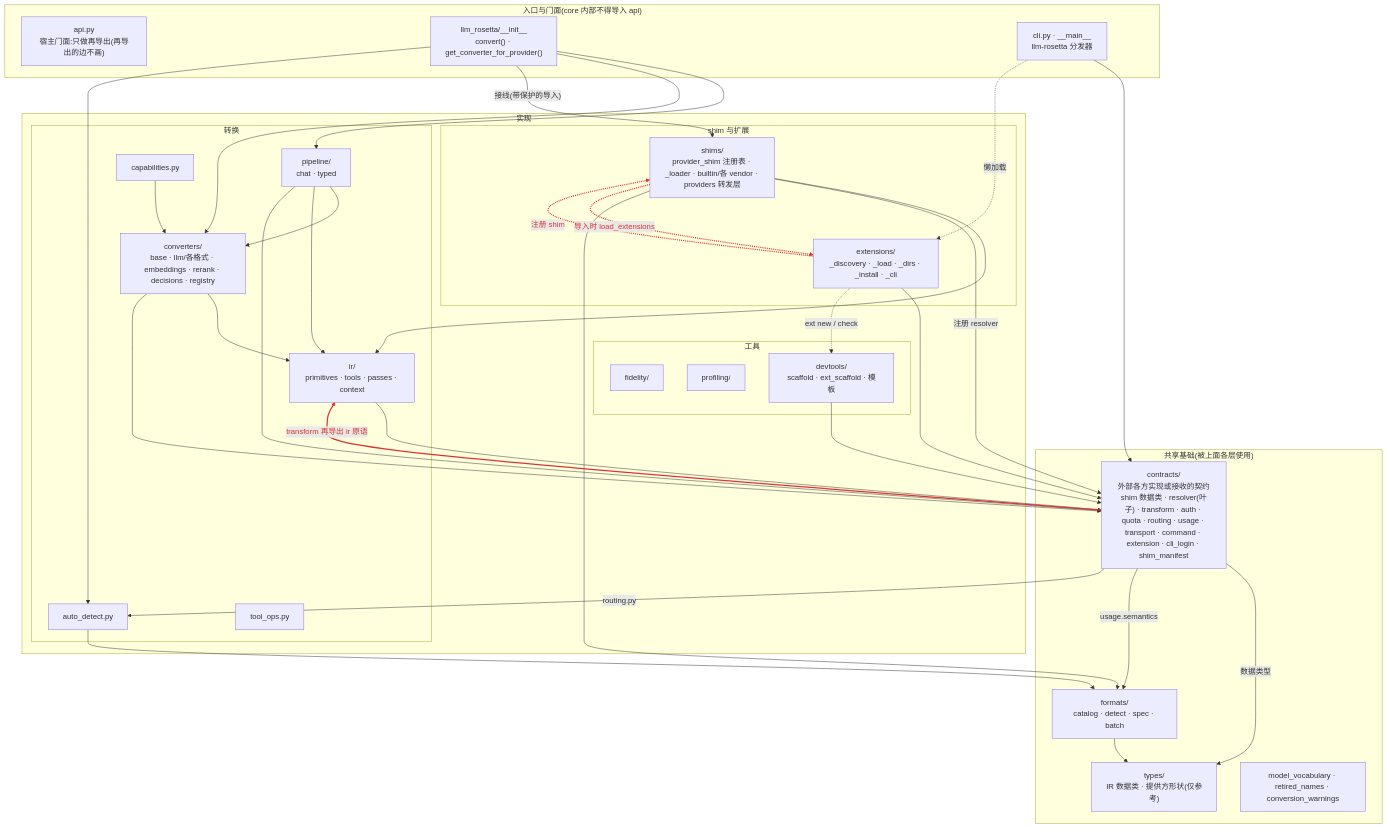
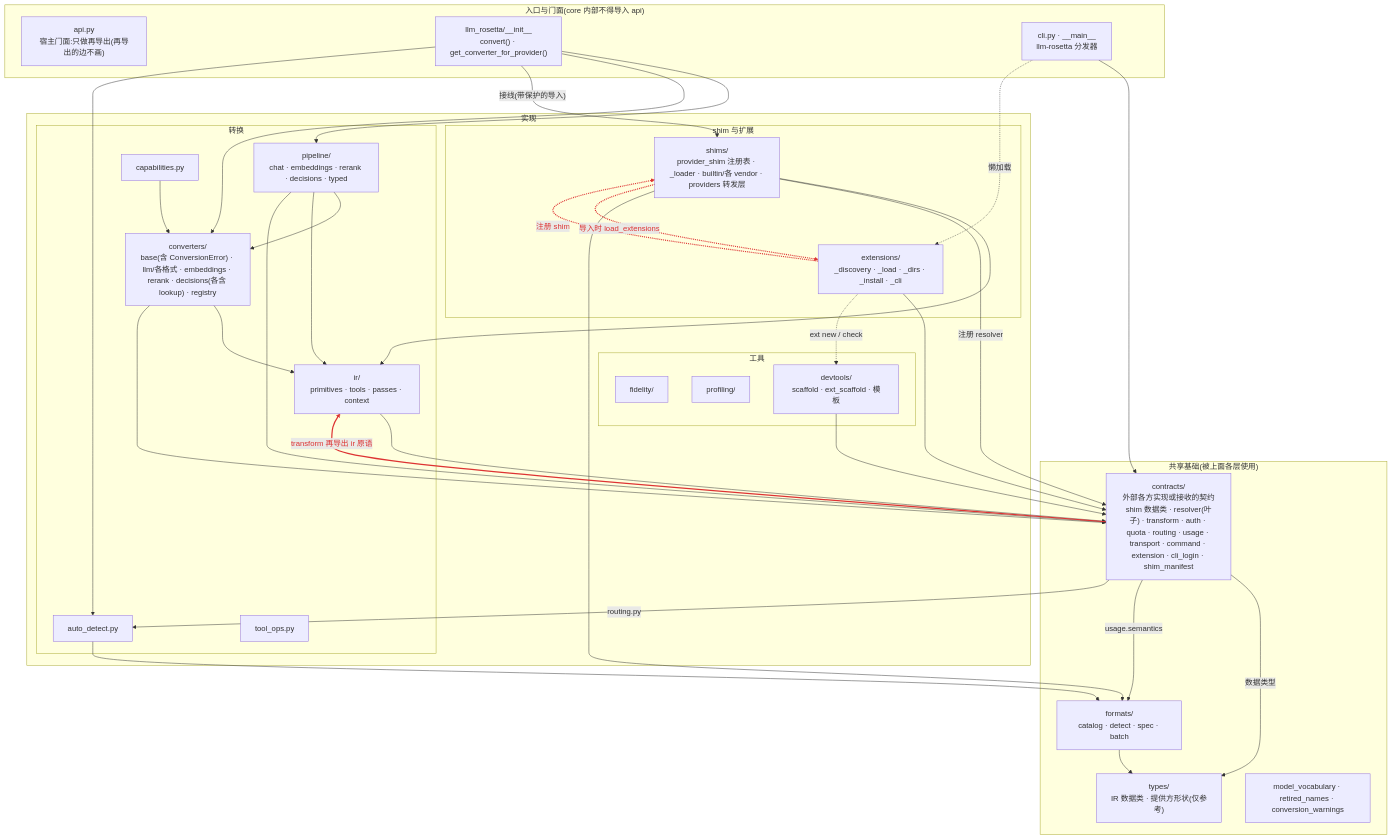
One commit to Oaklight/llm-rosetta changed the diagram in core.mmd. Above: the diagram before and after it, drawn with Mermaid. The commit also changed 4 other files, not shown here.

First line of the commit message:
docs: core diagrams after #1709

```diff
--- a/core.mmd
+++ b/core.mmd
@@ -1,64 +1,64 @@
 flowchart TB
   subgraph FACADE["入口与门面(core 内部不得导入 api)"]
     API["api.py<br/>宿主门面:只做再导出(再导出的边不画)"]
     INIT["llm_rosetta/__init__<br/>convert() · get_converter_for_provider()"]
     CLI["cli.py · __main__<br/>llm-rosetta 分发器"]
   end
   subgraph IMPL["实现"]
     subgraph CONV["转换"]
-      PIPE["pipeline/<br/>chat · typed"]
-      CVT["converters/<br/>base · llm/各格式 · embeddings · rerank · decisions · registry"]
+      PIPE["pipeline/<br/>chat · embeddings · rerank · decisions · typed"]
+      CVT["converters/<br/>base(含 ConversionError) · llm/各格式 · embeddings · rerank · decisions(各含 lookup) · registry"]
       IR["ir/<br/>primitives · tools · passes · context"]
       DET["auto_detect.py"]
       CAP["capabilities.py"]
       TOOL["tool_ops.py"]
     end
     subgraph SHIMEXT["shim 与扩展"]
       SHIM["shims/<br/>provider_shim 注册表 · _loader · builtin/各 vendor · providers 转发层"]
       EXTS["extensions/<br/>_discovery · _load · _dirs · _install · _cli"]
     end
     subgraph TOOLS["工具"]
       FID["fidelity/"]
       PROF["profiling/"]
       DEV["devtools/<br/>scaffold · ext_scaffold · 模板"]
     end
   end
   subgraph FOUND["共享基础(被上面各层使用)"]
     CON["contracts/<br/>外部各方实现或接收的契约<br/>shim 数据类 · resolver(叶子) · transform · auth · quota · routing · usage · transport · command · extension · cli_login · shim_manifest"]
     FMT["formats/<br/>catalog · detect · spec · batch"]
     TYP["types/<br/>IR 数据类 · 提供方形状(仅参考)"]
     VOCAB["model_vocabulary · retired_names · conversion_warnings"]
   end
 
 
   INIT --> PIPE
   INIT --> CVT
   INIT -->|"接线(带保护的导入)"| SHIM
   INIT --> DET
   CLI --> CON
   CLI -.->|"懒加载"| EXTS
   PIPE --> CVT
   PIPE --> IR
   PIPE --> CON
   CVT --> IR
   CVT --> CON
   IR --> CON
   SHIM --> IR
   SHIM -->|"注册 resolver"| CON
   SHIM --> FMT
   SHIM -.->|"导入时 load_extensions"| EXTS
   EXTS -.->|"注册 shim"| SHIM
   EXTS --> CON
   EXTS -.->|"ext new / check"| DEV
   CON -->|"数据类型"| TYP
   CON -->|"usage.semantics"| FMT
   CON -->|"routing.py"| DET
   CON -->|"transform 再导出 ir 原语"| IR
   DET --> FMT
   FMT --> TYP
   CAP --> CVT
   DEV --> CON
 
   linkStyle 15 stroke:#d33,stroke-width:2.5px,color:#d33
   linkStyle 16 stroke:#d33,stroke-width:2.5px,color:#d33
   linkStyle 22 stroke:#d33,stroke-width:2.5px,color:#d33
```
